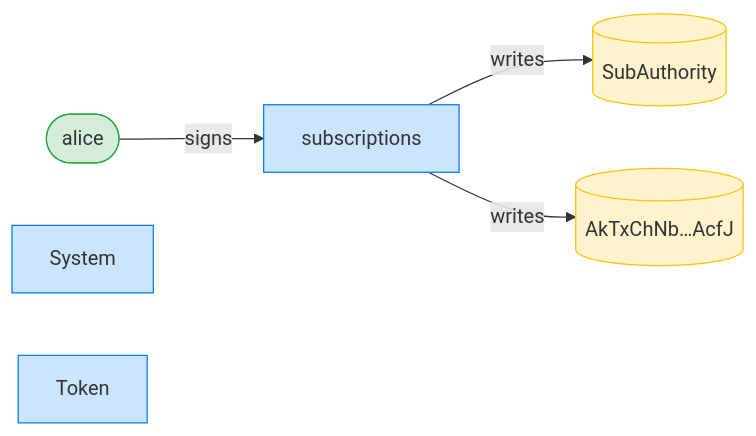
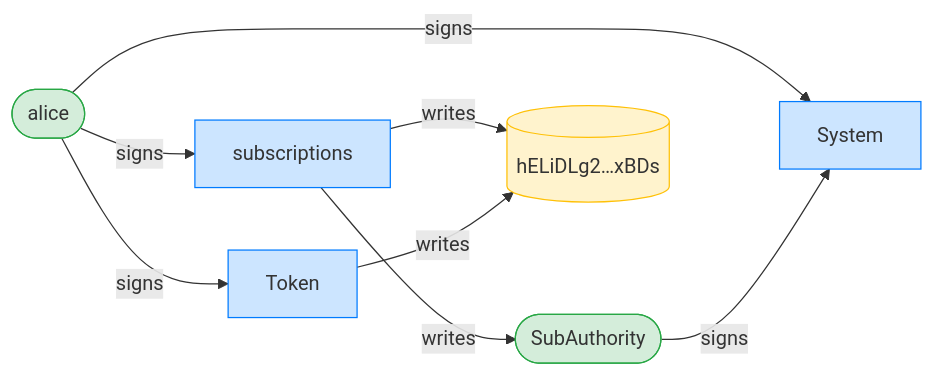
Before and after one commit to cds-rs/subscriptions: the third of 8 diagrams in dsl_tests/transfer-subscription--a-non-whitelisted-destination-is-refused.md, drawn with Mermaid. The commit also changed other lines of this file and 224 other files, not shown here.

````diff
--- a/dsl_tests/transfer-subscription--a-non-whitelisted-destination-is-refused.md
+++ b/dsl_tests/transfer-subscription--a-non-whitelisted-destination-is-refused.md
@@ -55,15 +56,19 @@
 ```mermaid
 flowchart LR
     classDef signer fill:#d4edda,stroke:#28a745;
     classDef program fill:#cce5ff,stroke:#007bff;
     classDef writable fill:#fff3cd,stroke:#ffc107;
     subscriptions[subscriptions]:::program
     alice([alice]):::signer
-    SubAuthority[(SubAuthority)]:::writable
-    AkTxChNb_AcfJ[("AkTxChNb…AcfJ")]:::writable
+    SubAuthority([SubAuthority]):::signer
+    hELiDLg2_xBDs[("hELiDLg2…xBDs")]:::writable
     System[System]:::program
     Token[Token]:::program
     alice -->|signs| subscriptions
+    alice -->|signs| System
+    SubAuthority -->|signs| System
+    alice -->|signs| Token
     subscriptions -->|writes| SubAuthority
-    subscriptions -->|writes| AkTxChNb_AcfJ
+    subscriptions -->|writes| hELiDLg2_xBDs
+    Token -->|writes| hELiDLg2_xBDs
 ```
````
